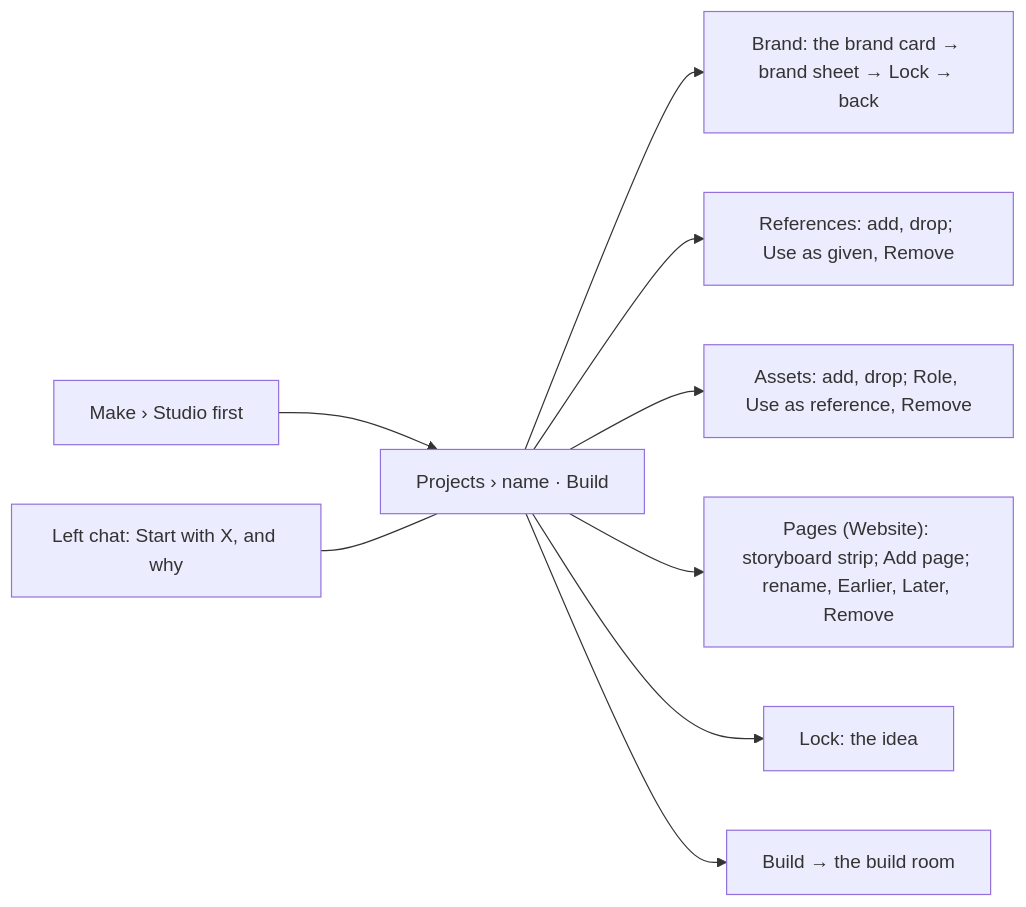
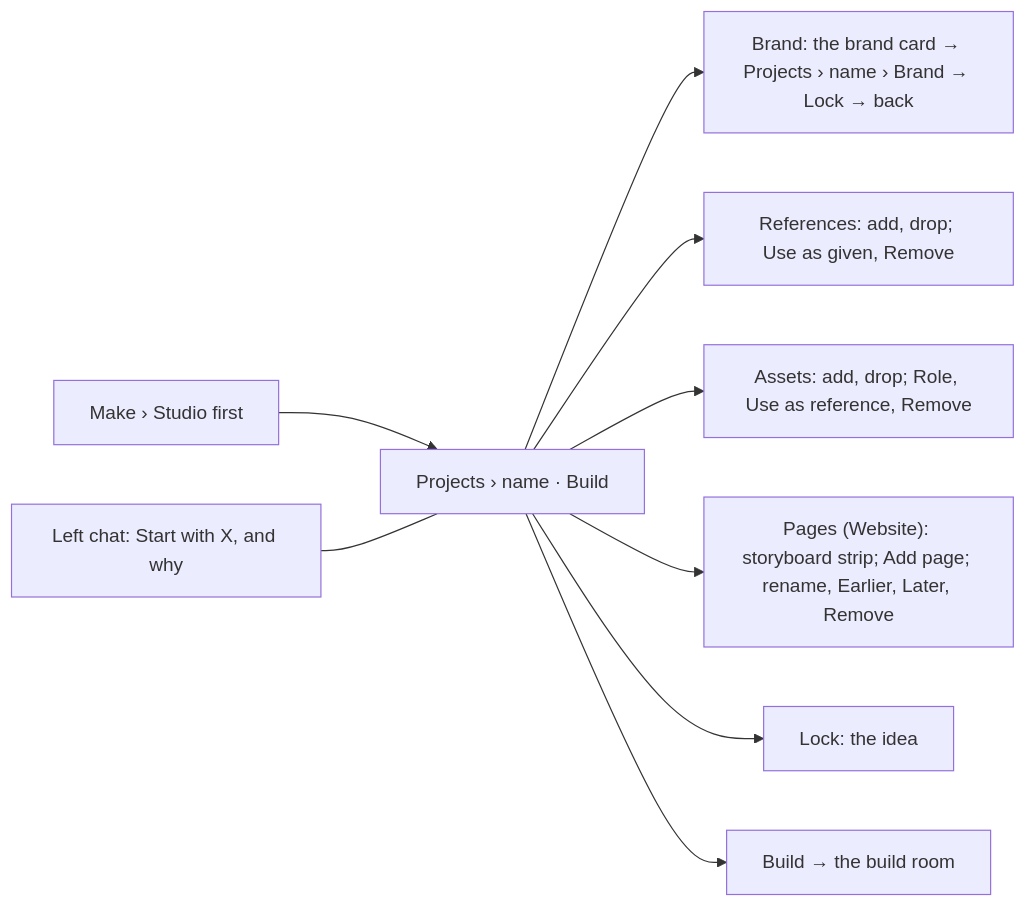
The seventh of 27 diagrams in docs/ux/SITEMAP.md (Pukujan/swarm-studio), drawn with Mermaid before and after one commit. The commit also changed 6 other files, not shown here.

First line of the commit message:
Brand sheet: Projects › name › Brand crumb, a skeleton with Hermia's cursor while it loads, wrapping story fields

````diff
--- a/docs/ux/SITEMAP.md
+++ b/docs/ux/SITEMAP.md
@@ -198,11 +198,11 @@
 ```mermaid
 flowchart LR
   MK["Make › Studio first"] --> SC["Projects › name · Build"]
   CH["Left chat: Start with X, and why"] --- SC
-  SC --> BR["Brand: the brand card → brand sheet → Lock → back"]
+  SC --> BR["Brand: the brand card → Projects › name › Brand → Lock → back"]
   SC --> RF["References: add, drop; Use as given, Remove"]
   SC --> AS["Assets: add, drop; Role, Use as reference, Remove"]
   SC --> PG["Pages (Website): storyboard strip; Add page; rename, Earlier, Later, Remove"]
   SC --> LK["Lock: the idea"]
   SC --> BU["Build → the build room"]
 ```
````
